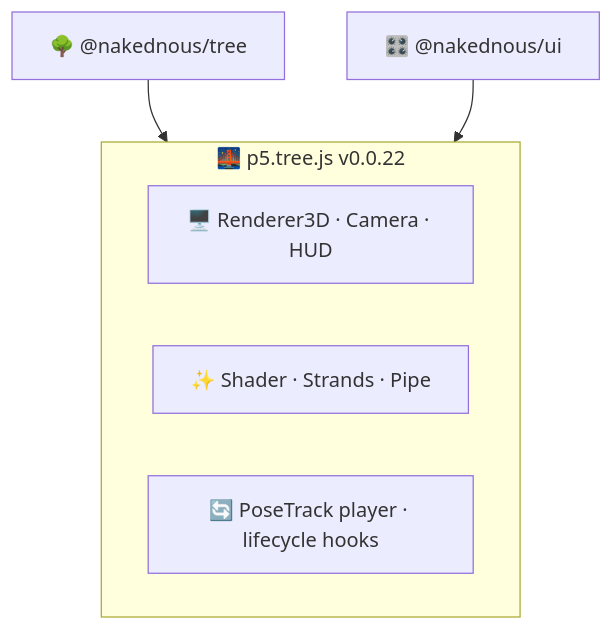
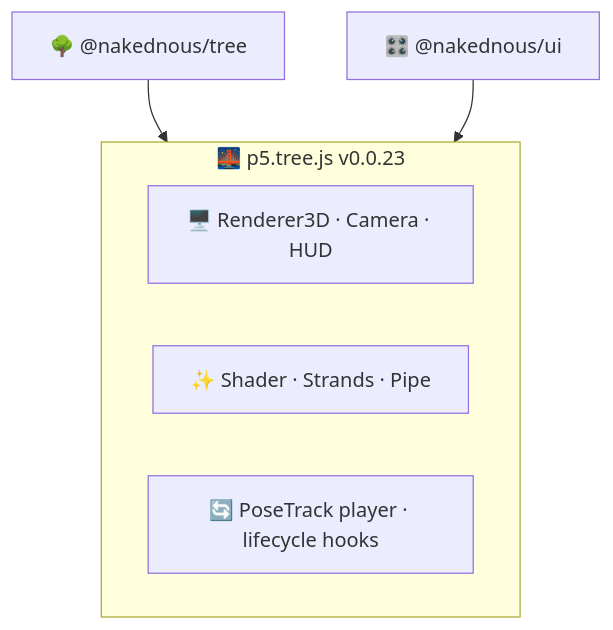
The third of 8 diagrams in slides.md (ABJ-d/tree), drawn with Mermaid before and after one commit. The commit also changed other lines of this file and 1 other file, not shown here.

````diff
--- a/slides.md
+++ b/slides.md
@@ -97,14 +97,14 @@
 ```mermaid
 flowchart TB
   T["🌳 @nakednous/tree"]
   U["🎛️ @nakednous/ui"]
 
-  subgraph P["🌉 p5.tree.js v0.0.22"]
+  subgraph P["🌉 p5.tree.js v0.0.23"]
     p1["🖥️ Renderer3D · Camera · HUD"]
     p2["✨ Shader · Strands · Pipe"]
     p3["🔄 PoseTrack player · lifecycle hooks"]
   end
 
   T --> P
   U --> P
 ```
````
